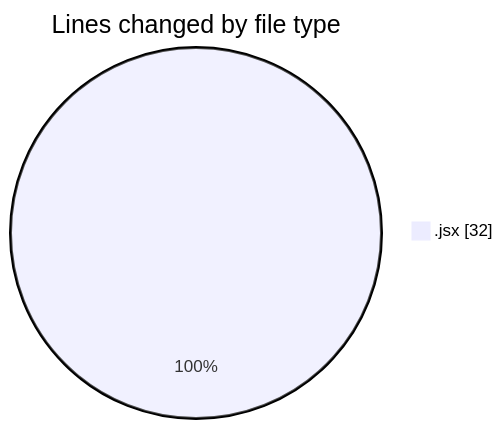
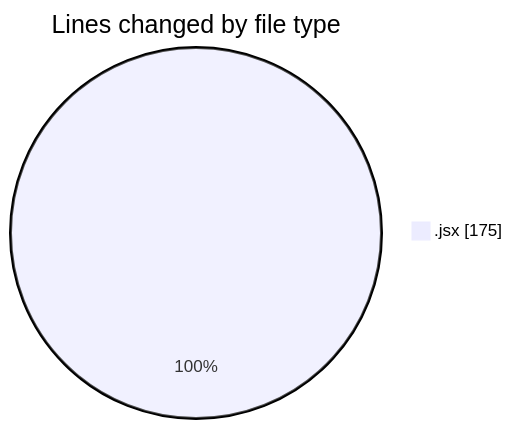
Before and after one commit to nxtqubesakshisongat/code-tracking: the first of 2 diagrams in 2025-07-10/argos/README.md, drawn with Mermaid. The commit also changed other lines of this file and 1 other file, not shown here.

````diff
--- a/2025-07-10/argos/README.md
+++ b/2025-07-10/argos/README.md
@@ -20,5 +21,5 @@
 ```mermaid
 pie showData
 title Lines changed by file type
-".jsx" : 32
+".jsx" : 175
 ```
````
